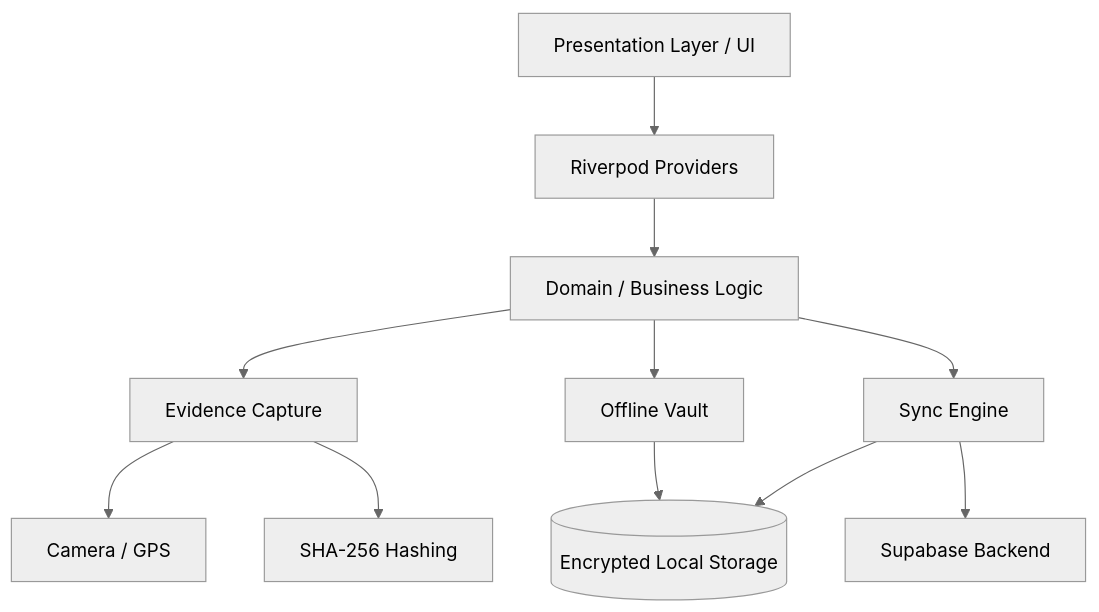
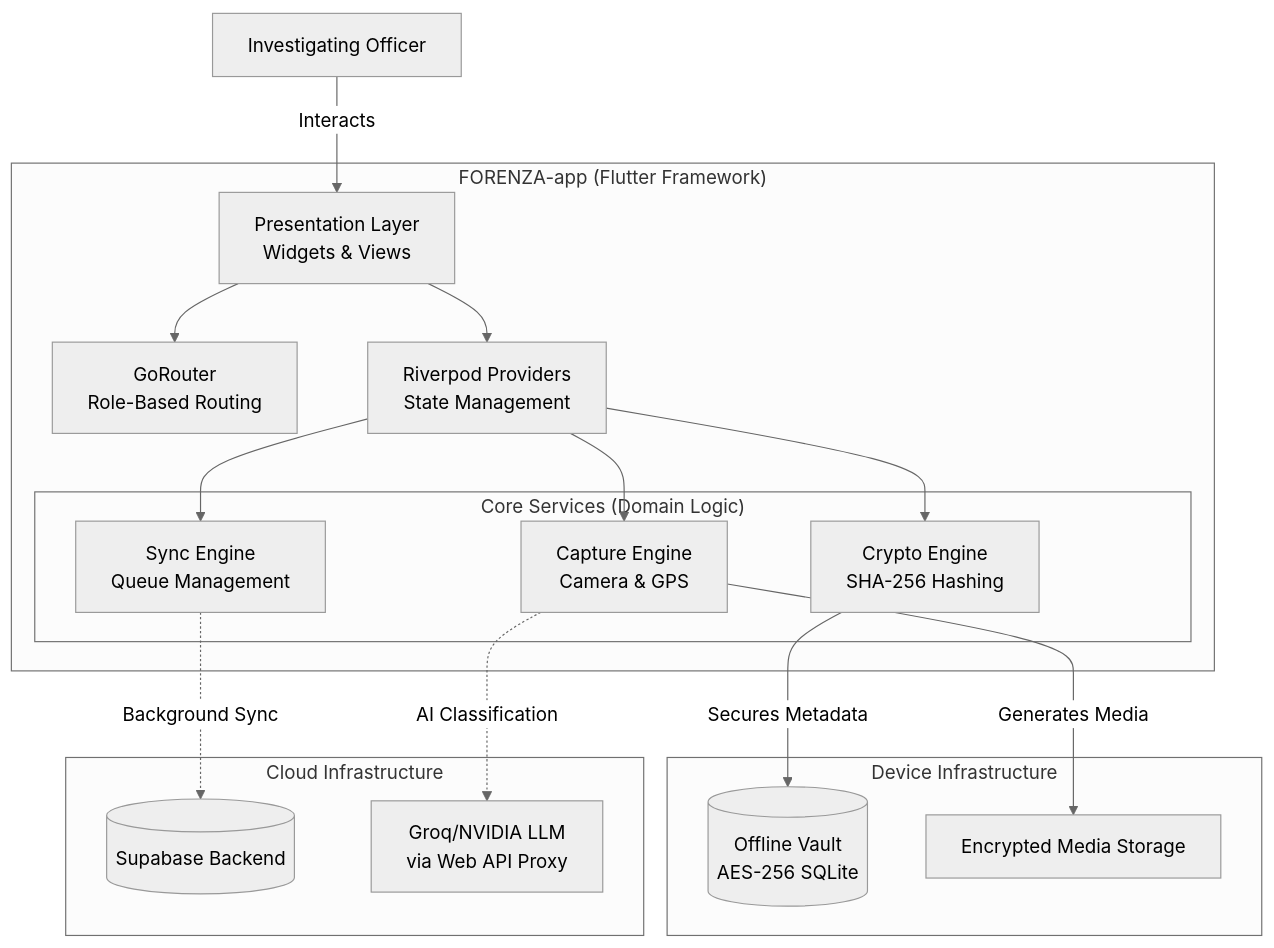
Before and after one commit to Ti838/FORENZA-app: the diagram in docs/ANDROID_ARCHITECTURE.md, drawn with Mermaid (neutral theme). The commit also changed other lines of this file and 4 other files, not shown here.

Commit message:
docs: upgrade android documentation to professional styling with diagrams

````diff
--- a/docs/ANDROID_ARCHITECTURE.md
+++ b/docs/ANDROID_ARCHITECTURE.md
@@ -18,16 +6,43 @@
 ```mermaid
 graph TD
-    UI[Presentation Layer / UI] --> Providers[Riverpod Providers]
-    Providers --> Core[Domain / Business Logic]
-    Core --> Capture[Evidence Capture]
-    Core --> Vault[Offline Vault]
-    Core --> Sync[Sync Engine]
+    %% User Tier
+    Officer[Investigating Officer]
     
-    Capture --> Hardware[Camera / GPS]
-    Capture --> Crypto[SHA-256 Hashing]
+    %% Flutter Application Tier
+    subgraph "FORENZA-app (Flutter Framework)"
+        UI[Presentation Layer<br/>Widgets & Views]
+        Router[GoRouter<br/>Role-Based Routing]
+        State[Riverpod Providers<br/>State Management]
+        
+        subgraph "Core Services (Domain Logic)"
+            CaptureEngine[Capture Engine<br/>Camera & GPS]
+            CryptoEngine[Crypto Engine<br/>SHA-256 Hashing]
+            SyncEngine[Sync Engine<br/>Queue Management]
+        end
+    end
     
-    Vault --> LocalDB[(Encrypted Local Storage)]
+    %% Backend/Infrastructure Tier
+    subgraph "Device Infrastructure"
+        Vault[(Offline Vault<br/>AES-256 SQLite)]
+        FileSystem[Encrypted Media Storage]
+    end
     
-    Sync --> API[Supabase Backend]
-    Sync --> LocalDB
+    subgraph "Cloud Infrastructure"
+        Supabase[(Supabase Backend)]
+        AI[Groq/NVIDIA LLM<br/>via Web API Proxy]
+    end
+    
+    %% Connections
+    Officer -->|Interacts| UI
+    UI --> Router
+    UI --> State
+    State --> CaptureEngine
+    State --> CryptoEngine
+    State --> SyncEngine
+    
+    CaptureEngine -->|Generates Media| FileSystem
+    CryptoEngine -->|Secures Metadata| Vault
+    
+    SyncEngine -.->|Background Sync| Supabase
+    CaptureEngine -.->|AI Classification| AI
 ```
````
